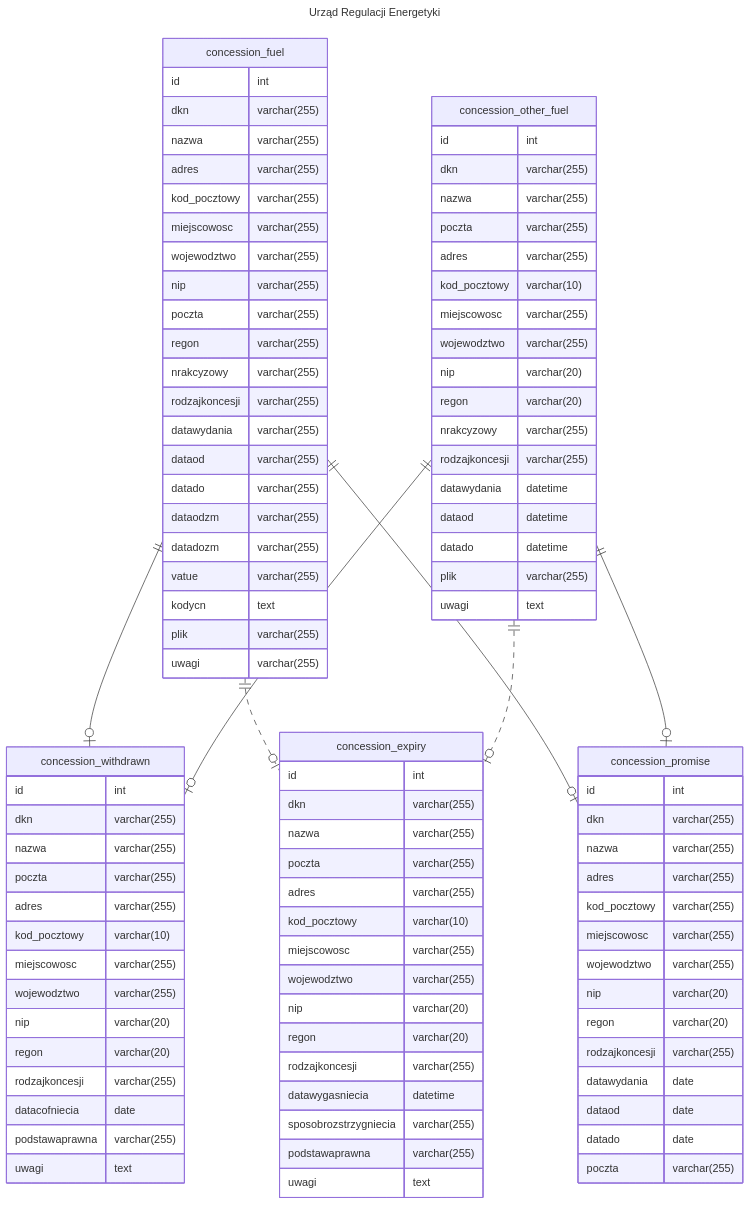
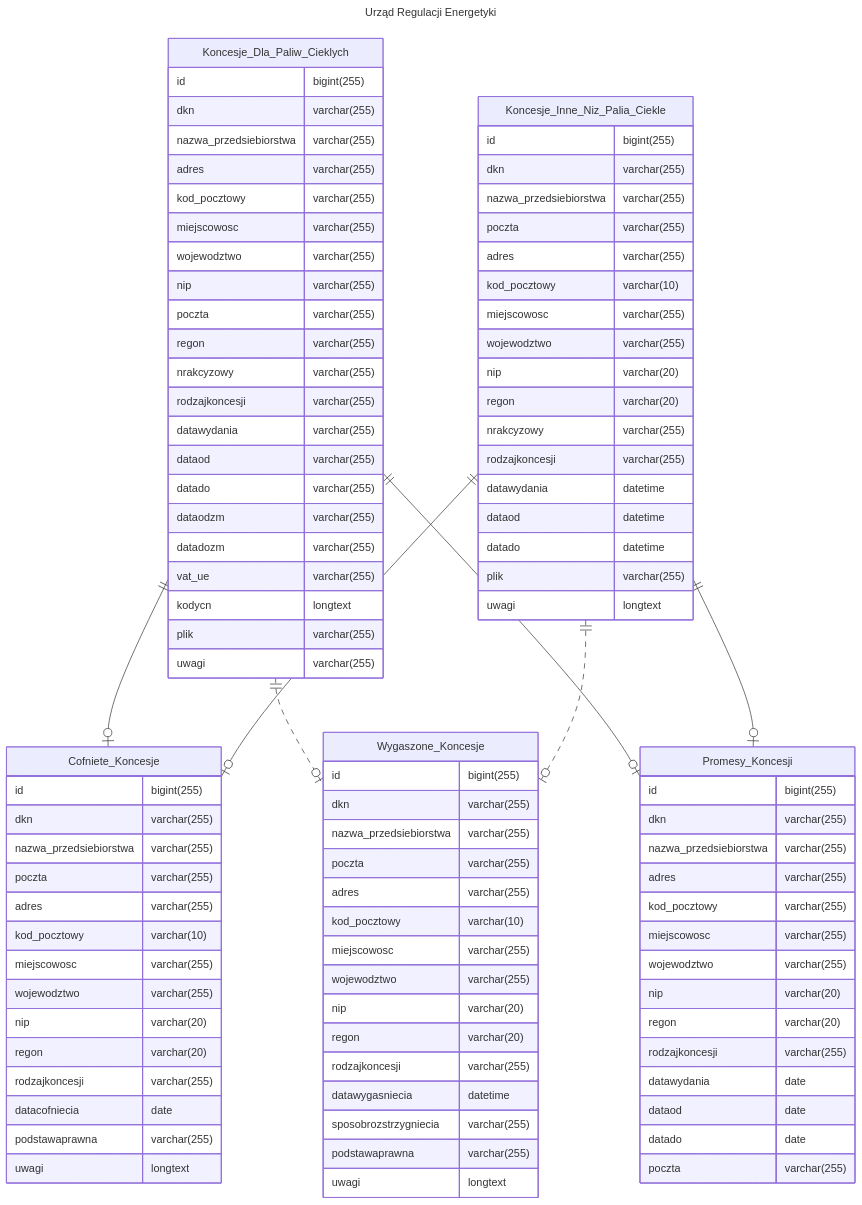
The diagram in README.md (n-kodem/ure-database-project), drawn with Mermaid before and after one commit. The commit also changed other lines of this file and 2 other files, not shown here.

Commit message:
better README, new triggers, new views

````diff
--- a/README.md
+++ b/README.md
@@ -8,10 +9,10 @@
 ---
 erDiagram
 
-    concession_withdrawn  {
-      id  int   
+    Cofniete_Koncesje  {
+      id  bigint(255)   
       dkn  varchar(255)   
-      nazwa  varchar(255)   
+      nazwa_przedsiebiorstwa  varchar(255)   
       poczta  varchar(255)   
       adres  varchar(255)   
       kod_pocztowy  varchar(10)   
@@ -22,87 +23,87 @@
       rodzajkoncesji  varchar(255)   
       datacofniecia  date   
       podstawaprawna  varchar(255)   
-      uwagi  text  
+      uwagi  longtext  
     }
-    concession_fuel  {
-      id  int   
-      dkn  varchar(255)   
-      nazwa  varchar(255)   
-      adres  varchar(255)   
-      kod_pocztowy  varchar(255)   
-      miejscowosc  varchar(255)   
-      wojewodztwo  varchar(255)   
-      nip  varchar(255)   
-      poczta  varchar(255)   
-      regon  varchar(255)   
-      nrakcyzowy  varchar(255)   
-      rodzajkoncesji  varchar(255)   
-      datawydania  varchar(255)   
-      dataod  varchar(255)   
-      datado  varchar(255)   
-      dataodzm   varchar(255)   
-      datadozm   varchar(255)   
-      vatue   varchar(255)   
-      kodycn  text   
-      plik  varchar(255)   
-      uwagi  varchar(255)  
+    Koncesje_Dla_Paliw_Cieklych  {
+      id bigint(255)   
+      dkn varchar(255)   
+      nazwa_przedsiebiorstwa varchar(255)   
+      adres varchar(255)   
+      kod_pocztowy varchar(255)   
+      miejscowosc varchar(255)   
+      wojewodztwo varchar(255)   
+      nip varchar(255)   
+      poczta varchar(255)   
+      regon varchar(255)   
+      nrakcyzowy varchar(255)   
+      rodzajkoncesji varchar(255)   
+      datawydania varchar(255)   
+      dataod varchar(255)   
+      datado varchar(255)   
+      dataodzm varchar(255)   
+      datadozm varchar(255)   
+      vat_ue varchar(255)   
+      kodycn longtext   
+      plik varchar(255)   
+      uwagi varchar(255)  
     }
-    concession_promise  {
-      id  int   
-      dkn  varchar(255)   
-      nazwa  varchar(255)   
-      adres  varchar(255)   
-      kod_pocztowy  varchar(255)   
-      miejscowosc  varchar(255)   
-      wojewodztwo  varchar(255)   
-      nip  varchar(20)   
-      regon  varchar(20)   
-      rodzajkoncesji  varchar(255)   
-      datawydania  date   
-      dataod  date   
-      datado  date   
-      poczta  varchar(255)  
+    Promesy_Koncesji  {
+      id bigint(255)   
+      dkn varchar(255)   
+      nazwa_przedsiebiorstwa varchar(255)   
+      adres varchar(255)   
+      kod_pocztowy varchar(255)   
+      miejscowosc varchar(255)   
+      wojewodztwo varchar(255)   
+      nip varchar(20)   
+      regon varchar(20)   
+      rodzajkoncesji varchar(255)   
+      datawydania date   
+      dataod date   
+      datado date   
+      poczta varchar(255)  
     }
-    concession_other_fuel  {
-      id  int   
-      dkn  varchar(255)   
-      nazwa  varchar(255)   
-      poczta  varchar(255)   
-      adres  varchar(255)   
-      kod_pocztowy  varchar(10)   
-      miejscowosc  varchar(255)   
-      wojewodztwo  varchar(255)   
-      nip  varchar(20)   
-      regon  varchar(20)   
-      nrakcyzowy  varchar(255)   
-      rodzajkoncesji  varchar(255)   
-      datawydania  datetime   
-      dataod  datetime   
-      datado  datetime   
-      plik  varchar(255)   
-      uwagi  text  
+    Koncesje_Inne_Niz_Palia_Ciekle  {
+      id bigint(255)   
+      dkn varchar(255)   
+      nazwa_przedsiebiorstwa varchar(255)   
+      poczta varchar(255)   
+      adres varchar(255)   
+      kod_pocztowy varchar(10)   
+      miejscowosc varchar(255)   
+      wojewodztwo varchar(255)   
+      nip varchar(20)   
+      regon varchar(20)   
+      nrakcyzowy varchar(255)   
+      rodzajkoncesji varchar(255)   
+      datawydania datetime   
+      dataod datetime   
+      datado datetime   
+      plik varchar(255)   
+      uwagi longtext  
     }
-    concession_expiry  {
-      id  int   
-      dkn  varchar(255)   
-      nazwa  varchar(255)   
-      poczta  varchar(255)   
-      adres  varchar(255)   
-      kod_pocztowy  varchar(10)   
-      miejscowosc  varchar(255)   
-      wojewodztwo  varchar(255)   
-      nip  varchar(20)   
-      regon  varchar(20)   
-      rodzajkoncesji  varchar(255)   
-      datawygasniecia  datetime   
-      sposobrozstrzygniecia  varchar(255)   
-      podstawaprawna  varchar(255)   
-      uwagi  text  
+    Wygaszone_Koncesje  {
+      id bigint(255)   
+      dkn varchar(255)   
+      nazwa_przedsiebiorstwa varchar(255)   
+      poczta varchar(255)   
+      adres varchar(255)   
+      kod_pocztowy varchar(10)   
+      miejscowosc varchar(255)   
+      wojewodztwo varchar(255)   
+      nip varchar(20)   
+      regon varchar(20)   
+      rodzajkoncesji varchar(255)   
+      datawygasniecia datetime   
+      sposobrozstrzygniecia varchar(255)   
+      podstawaprawna varchar(255)   
+      uwagi longtext  
     }
-    concession_fuel ||--o| concession_withdrawn : ""
-    concession_other_fuel ||--o| concession_withdrawn : ""
-    concession_fuel ||..o|  concession_expiry : ""
-    concession_other_fuel ||..o|  concession_expiry : ""
-    concession_fuel ||--o| concession_promise : ""
-    concession_other_fuel ||--o| concession_promise : ""
+    Koncesje_Dla_Paliw_Cieklych ||--o| Cofniete_Koncesje : ""
+    Koncesje_Inne_Niz_Palia_Ciekle ||--o| Cofniete_Koncesje : ""
+    Koncesje_Dla_Paliw_Cieklych ||..o|  Wygaszone_Koncesje : ""
+    Koncesje_Inne_Niz_Palia_Ciekle ||..o|  Wygaszone_Koncesje : ""
+    Koncesje_Dla_Paliw_Cieklych ||--o| Promesy_Koncesji : ""
+    Koncesje_Inne_Niz_Palia_Ciekle ||--o| Promesy_Koncesji : ""
 ```
````
